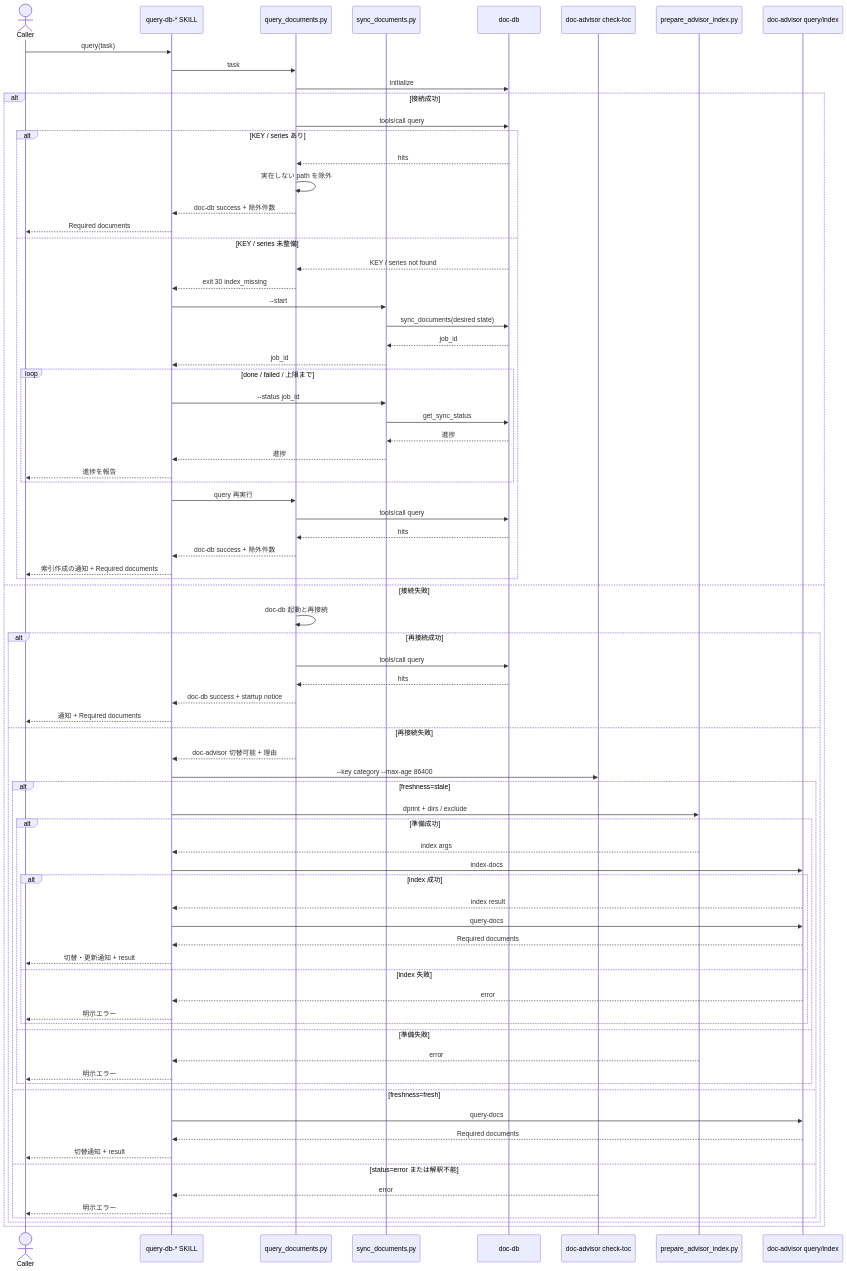
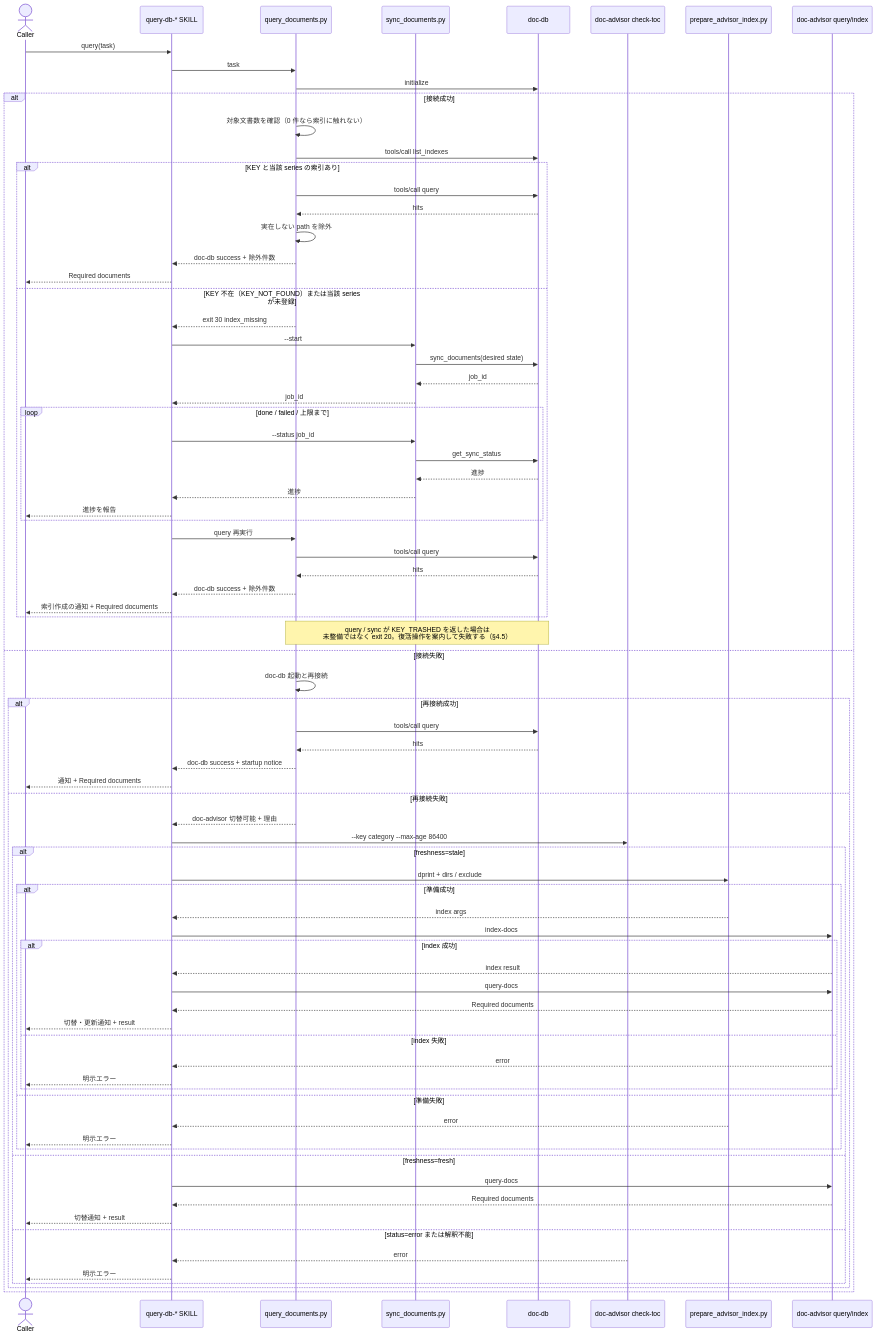
Before and after one commit to BlueEventHorizon/bw-cc-plugins: the second of 3 diagrams in docs/specs/doc-db/design/DES-057_doc_db_backend_selection_design.md, drawn with Mermaid. The commit also changed other lines of this file and 3 other files, not shown here.

````diff
--- a/docs/specs/doc-db/design/DES-057_doc_db_backend_selection_design.md
+++ b/docs/specs/doc-db/design/DES-057_doc_db_backend_selection_design.md
@@ -588,80 +603,82 @@
 ```mermaid
 sequenceDiagram
     actor Caller
     participant Skill as query-db-* SKILL
     participant Script as query_documents.py
     participant SyncCLI as sync_documents.py
     participant DB as doc-db
     participant CheckToc as doc-advisor check-toc
     participant Prepare as prepare_advisor_index.py
     participant Advisor as doc-advisor query/index
 
     Caller->>Skill: query(task)
     Skill->>Script: task
     Script->>DB: initialize
     alt 接続成功
-        Script->>DB: tools/call query
-        alt KEY / series あり
+        Script->>Script: 対象文書数を確認（0 件なら索引に触れない）
+        Script->>DB: tools/call list_indexes
+        alt KEY と当該 series の索引あり
+            Script->>DB: tools/call query
             DB-->>Script: hits
             Script->>Script: 実在しない path を除外
             Script-->>Skill: doc-db success + 除外件数
             Skill-->>Caller: Required documents
-        else KEY / series 未整備
-            DB-->>Script: KEY / series not found
+        else KEY 不在（KEY_NOT_FOUND）または当該 series が未登録
             Script-->>Skill: exit 30 index_missing
             Skill->>SyncCLI: --start
             SyncCLI->>DB: sync_documents(desired state)
             DB-->>SyncCLI: job_id
             SyncCLI-->>Skill: job_id
             loop done / failed / 上限まで
                 Skill->>SyncCLI: --status job_id
                 SyncCLI->>DB: get_sync_status
                 DB-->>SyncCLI: 進捗
                 SyncCLI-->>Skill: 進捗
                 Skill-->>Caller: 進捗を報告
             end
             Skill->>Script: query 再実行
             Script->>DB: tools/call query
             DB-->>Script: hits
             Script-->>Skill: doc-db success + 除外件数
             Skill-->>Caller: 索引作成の通知 + Required documents
         end
+        Note over Script,DB: query / sync が KEY_TRASHED を返した場合は<br/>未整備ではなく exit 20。復活操作を案内して失敗する（§4.5）
     else 接続失敗
         Script->>Script: doc-db 起動と再接続
         alt 再接続成功
             Script->>DB: tools/call query
             DB-->>Script: hits
             Script-->>Skill: doc-db success + startup notice
             Skill-->>Caller: 通知 + Required documents
         else 再接続失敗
             Script-->>Skill: doc-advisor 切替可能 + 理由
             Skill->>CheckToc: --key category --max-age 86400
             alt freshness=stale
                 Skill->>Prepare: dprint + dirs / exclude
                 alt 準備成功
                     Prepare-->>Skill: index args
                     Skill->>Advisor: index-docs
                     alt index 成功
                         Advisor-->>Skill: index result
                         Skill->>Advisor: query-docs
                         Advisor-->>Skill: Required documents
                         Skill-->>Caller: 切替・更新通知 + result
                     else index 失敗
                         Advisor-->>Skill: error
                         Skill-->>Caller: 明示エラー
                     end
                 else 準備失敗
                     Prepare-->>Skill: error
                     Skill-->>Caller: 明示エラー
                 end
             else freshness=fresh
                 Skill->>Advisor: query-docs
                 Advisor-->>Skill: Required documents
                 Skill-->>Caller: 切替通知 + result
             else status=error または解釈不能
                 CheckToc-->>Skill: error
                 Skill-->>Caller: 明示エラー
             end
         end
     end
 ```
````
